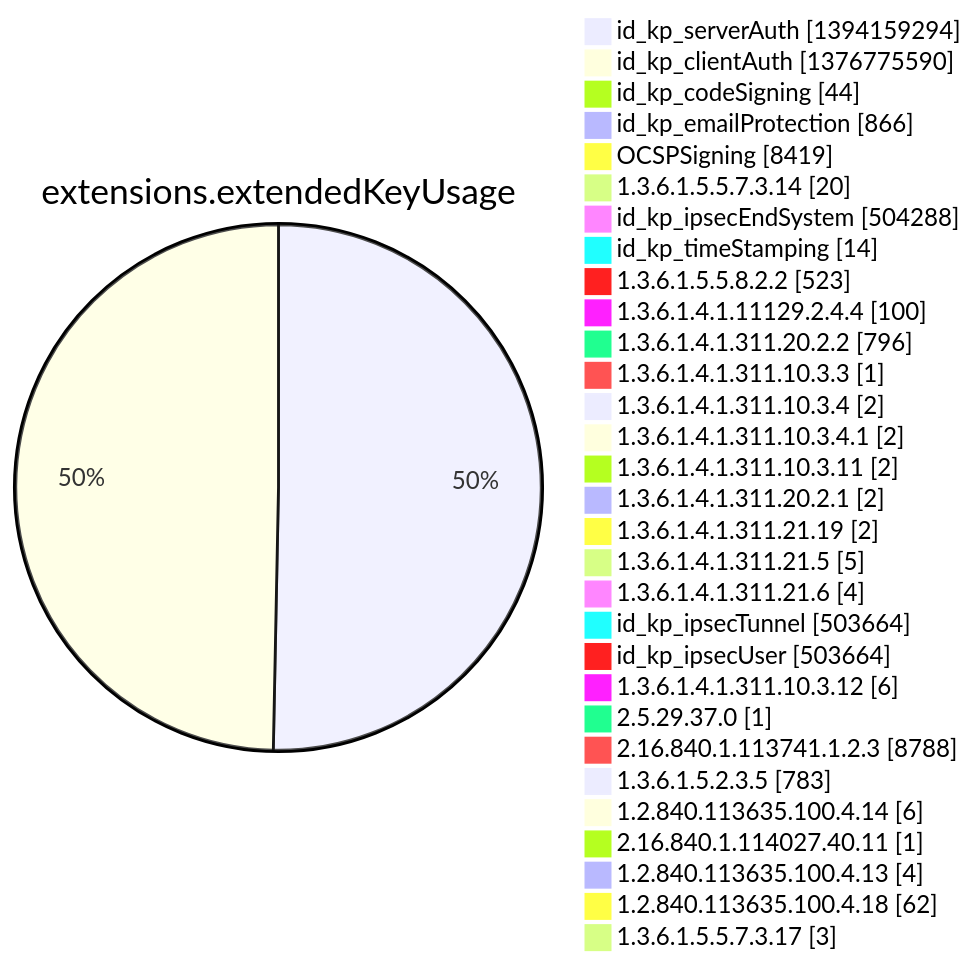
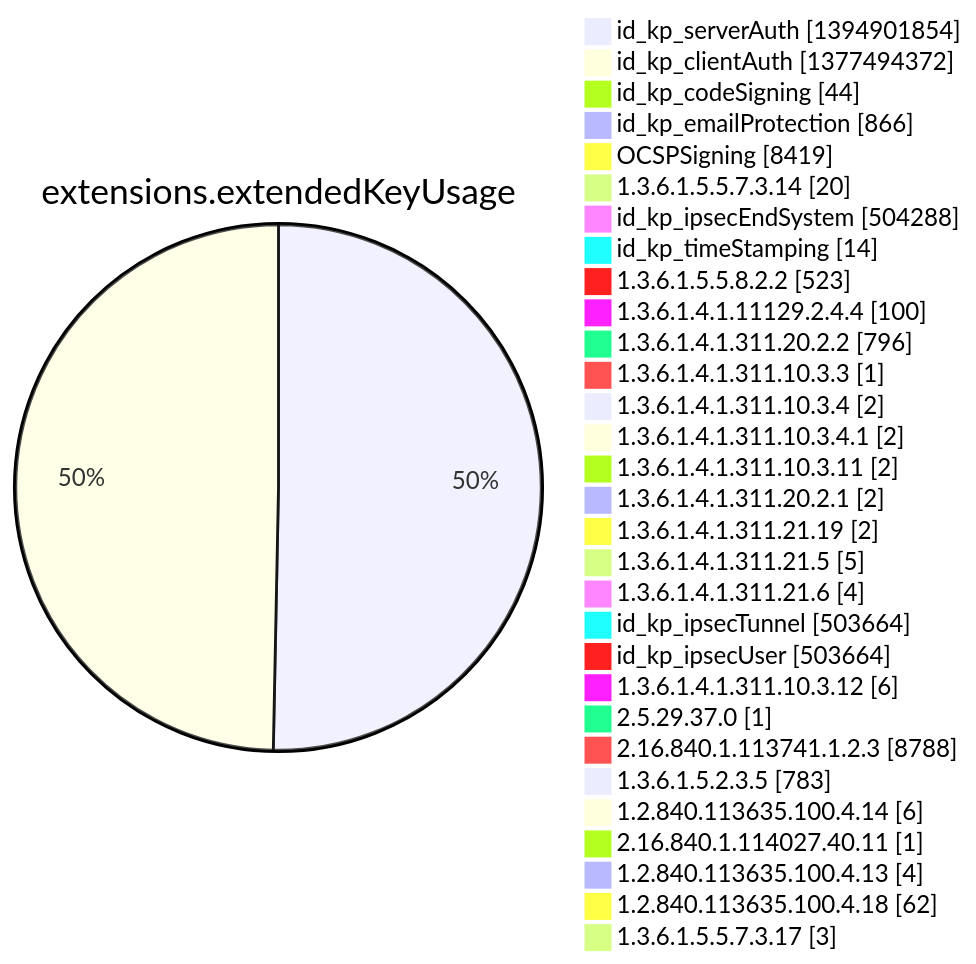
Diagram 12 of 15 in argon2022/README.md (christiankrug/ctmonitor_visualization), drawn with Mermaid before and after one commit. The commit also changed other lines of this file, not shown here.

````diff
--- a/argon2022/README.md
+++ b/argon2022/README.md
@@ -3554,34 +3554,34 @@
 ```mermaid
 pie showData
 title extensions.extendedKeyUsage
-"id_kp_serverAuth" :1394159294
-"id_kp_clientAuth" :1376775590
+"id_kp_serverAuth" :1394901854
+"id_kp_clientAuth" :1377494372
 "id_kp_codeSigning" :44
 "id_kp_emailProtection" :866
 "OCSPSigning" :8419
 "1.3.6.1.5.5.7.3.14" :20
 "id_kp_ipsecEndSystem" :504288
 "id_kp_timeStamping" :14
 "1.3.6.1.5.5.8.2.2" :523
 "1.3.6.1.4.1.11129.2.4.4" :100
 "1.3.6.1.4.1.311.20.2.2" :796
 "1.3.6.1.4.1.311.10.3.3" :1
 "1.3.6.1.4.1.311.10.3.4" :2
 "1.3.6.1.4.1.311.10.3.4.1" :2
 "1.3.6.1.4.1.311.10.3.11" :2
 "1.3.6.1.4.1.311.20.2.1" :2
 "1.3.6.1.4.1.311.21.19" :2
 "1.3.6.1.4.1.311.21.5" :5
 "1.3.6.1.4.1.311.21.6" :4
 "id_kp_ipsecTunnel" :503664
 "id_kp_ipsecUser" :503664
 "1.3.6.1.4.1.311.10.3.12" :6
 "2.5.29.37.0" :1
 "2.16.840.1.113741.1.2.3" :8788
 "1.3.6.1.5.2.3.5" :783
 "1.2.840.113635.100.4.14" :6
 "2.16.840.1.114027.40.11" :1
 "1.2.840.113635.100.4.13" :4
 "1.2.840.113635.100.4.18" :62
 "1.3.6.1.5.5.7.3.17" :3
 ```
````
